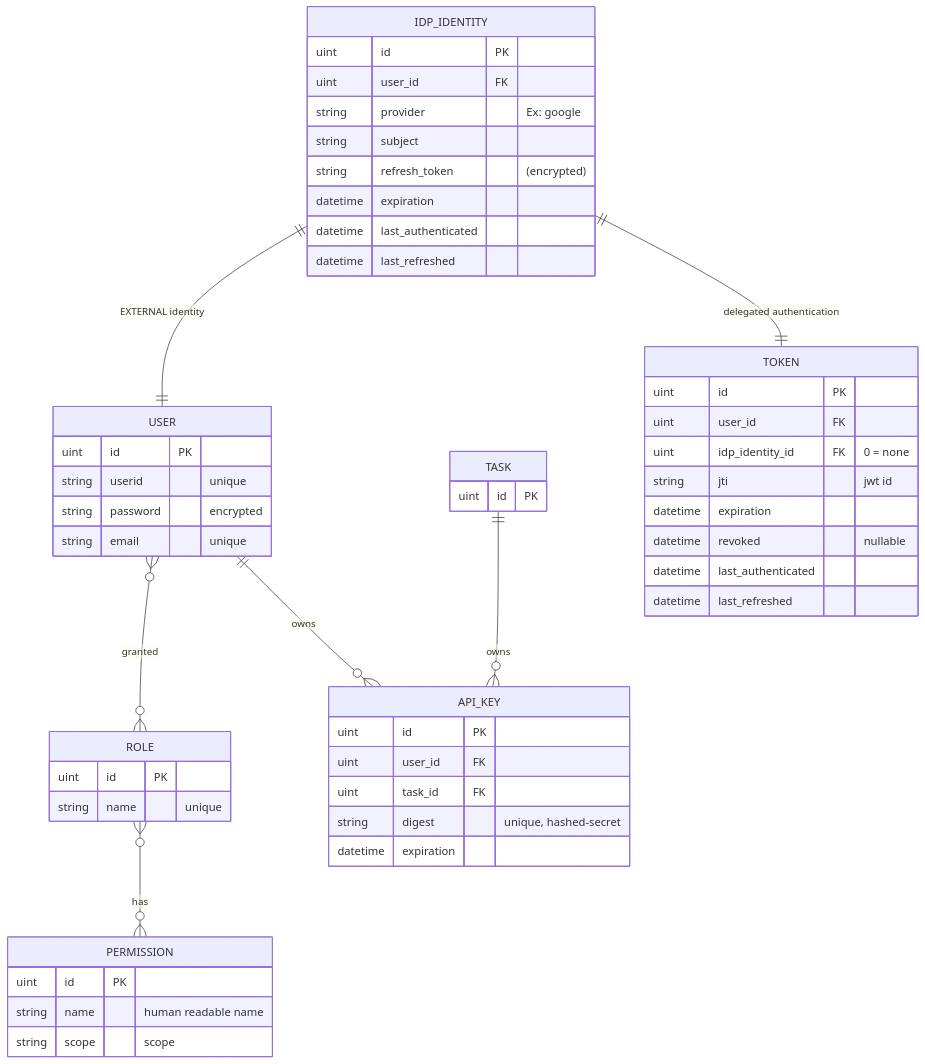
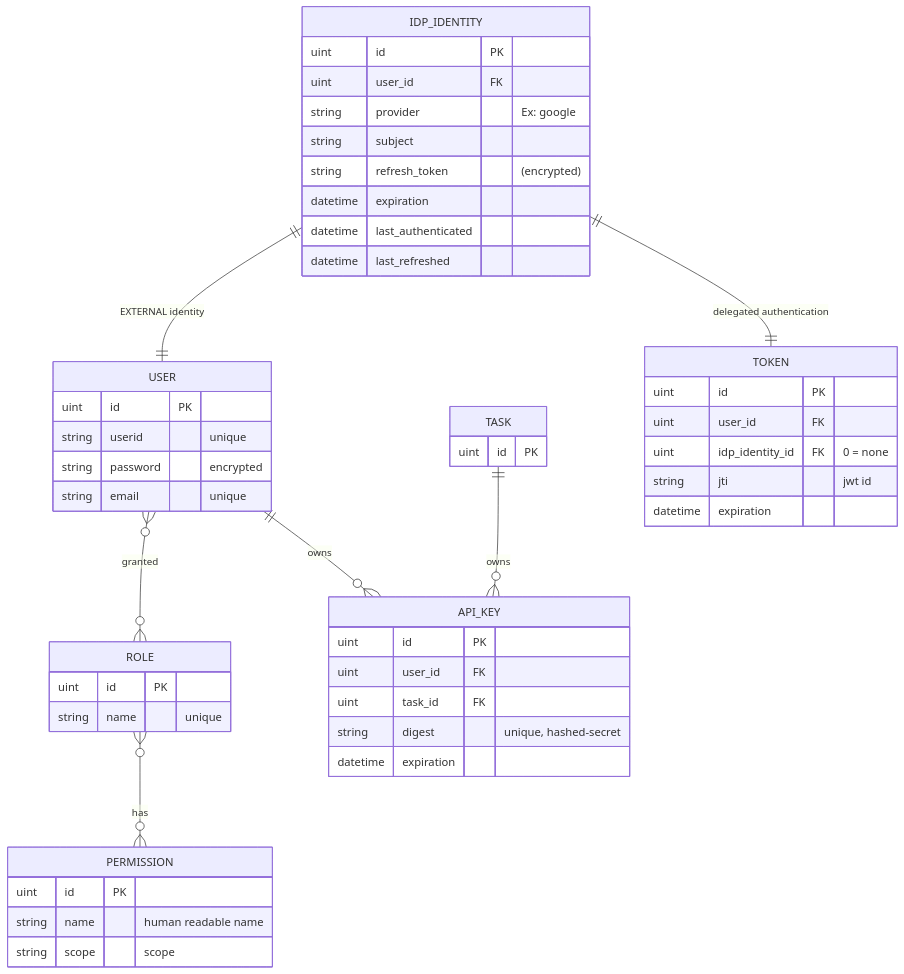
The first of 6 diagrams in enhancements/hub-oidc-provider/README.md (konveyor/enhancements), drawn with Mermaid before and after one commit. The commit also changed other lines of this file, not shown here.

````diff
--- a/enhancements/hub-oidc-provider/README.md
+++ b/enhancements/hub-oidc-provider/README.md
@@ -145,61 +167,58 @@
 ```mermaid
 erDiagram
     USER }o--o{ ROLE : "granted"
     ROLE }o--o{ PERMISSION : "has"
     USER ||--o{ API_KEY : "owns"
     TASK ||--o{ API_KEY : "owns"
     IDP_IDENTITY ||--|| USER : "EXTERNAL identity"
     IDP_IDENTITY ||--|| TOKEN : "delegated authentication"
 
     USER {
         uint id PK
         string userid "unique"
         string password "encrypted"
         string email "unique"
     }
 
     ROLE {
         uint id PK
         string name "unique"
     }
 
     PERMISSION {
         uint id PK
         string name "human readable name"
         string scope "scope"
     }
 
     API_KEY {
         uint id PK
         uint user_id FK
         uint task_id FK
         string digest "unique, hashed-secret"
         datetime expiration
     }
 
     IDP_IDENTITY {
         uint id PK
         uint user_id FK
         string provider "Ex: google"
         string subject
         string refresh_token "(encrypted)"
         datetime expiration
         datetime last_authenticated
         datetime last_refreshed
     }
     
     TOKEN {
         uint id PK
         uint user_id FK
         uint idp_identity_id FK "0 = none"
         string jti "jwt id"
         datetime expiration
-        datetime revoked "nullable"
-        datetime last_authenticated
-        datetime last_refreshed
     }
     
     TASK {
     uint id PK
     }
 ```
````
